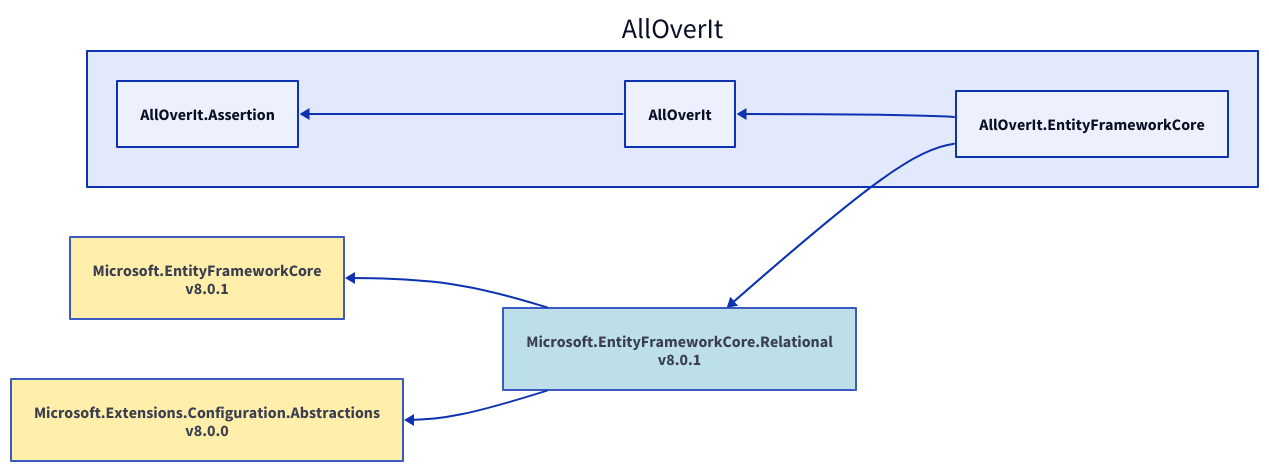
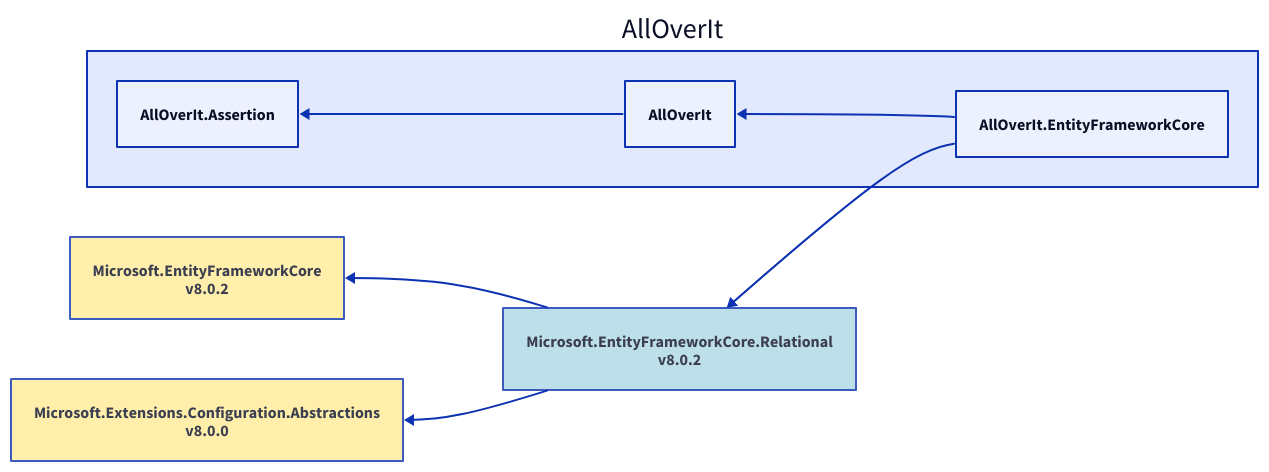
One commit to mjfreelancing/AllOverIt changed the diagram in Docs/Reference/Content/images/dependencies/net8.0/alloverit-entityframeworkcore.d2. Above: the diagram before and after it, drawn with D2. The commit also changed 79 other files, not shown here.

```diff
--- a/Docs/Reference/Content/images/dependencies/net8.0/alloverit-entityframeworkcore.d2
+++ b/Docs/Reference/Content/images/dependencies/net8.0/alloverit-entityframeworkcore.d2
@@ -1,20 +1,20 @@
 direction: left
 
 aoi: AllOverIt
 aoi.alloverit-entityframeworkcore: AllOverIt.EntityFrameworkCore
-microsoft-entityframeworkcore-relational_8-0-1: Microsoft.EntityFrameworkCore.Relational\nv8.0.1
-microsoft-entityframeworkcore-relational_8-0-1.style.fill: "#ADD8E6"
-microsoft-entityframeworkcore-relational_8-0-1.style.opacity: 0.8
-microsoft-entityframeworkcore_8-0-1: Microsoft.EntityFrameworkCore\nv8.0.1
-microsoft-entityframeworkcore_8-0-1.style.fill: "#FFEC96"
-microsoft-entityframeworkcore_8-0-1.style.opacity: 0.8
-microsoft-entityframeworkcore_8-0-1 <- microsoft-entityframeworkcore-relational_8-0-1
+microsoft-entityframeworkcore-relational_8-0-2: Microsoft.EntityFrameworkCore.Relational\nv8.0.2
+microsoft-entityframeworkcore-relational_8-0-2.style.fill: "#ADD8E6"
+microsoft-entityframeworkcore-relational_8-0-2.style.opacity: 0.8
+microsoft-entityframeworkcore_8-0-2: Microsoft.EntityFrameworkCore\nv8.0.2
+microsoft-entityframeworkcore_8-0-2.style.fill: "#FFEC96"
+microsoft-entityframeworkcore_8-0-2.style.opacity: 0.8
+microsoft-entityframeworkcore_8-0-2 <- microsoft-entityframeworkcore-relational_8-0-2
 microsoft-extensions-configuration-abstractions_8-0-0: Microsoft.Extensions.Configuration.Abstractions\nv8.0.0
 microsoft-extensions-configuration-abstractions_8-0-0.style.fill: "#FFEC96"
 microsoft-extensions-configuration-abstractions_8-0-0.style.opacity: 0.8
-microsoft-extensions-configuration-abstractions_8-0-0 <- microsoft-entityframeworkcore-relational_8-0-1
-microsoft-entityframeworkcore-relational_8-0-1 <- aoi.alloverit-entityframeworkcore
+microsoft-extensions-configuration-abstractions_8-0-0 <- microsoft-entityframeworkcore-relational_8-0-2
+microsoft-entityframeworkcore-relational_8-0-2 <- aoi.alloverit-entityframeworkcore
 aoi.alloverit: AllOverIt
 aoi.alloverit-assertion: AllOverIt.Assertion
 aoi.alloverit-assertion <- aoi.alloverit
 aoi.alloverit <- aoi.alloverit-entityframeworkcore
```
